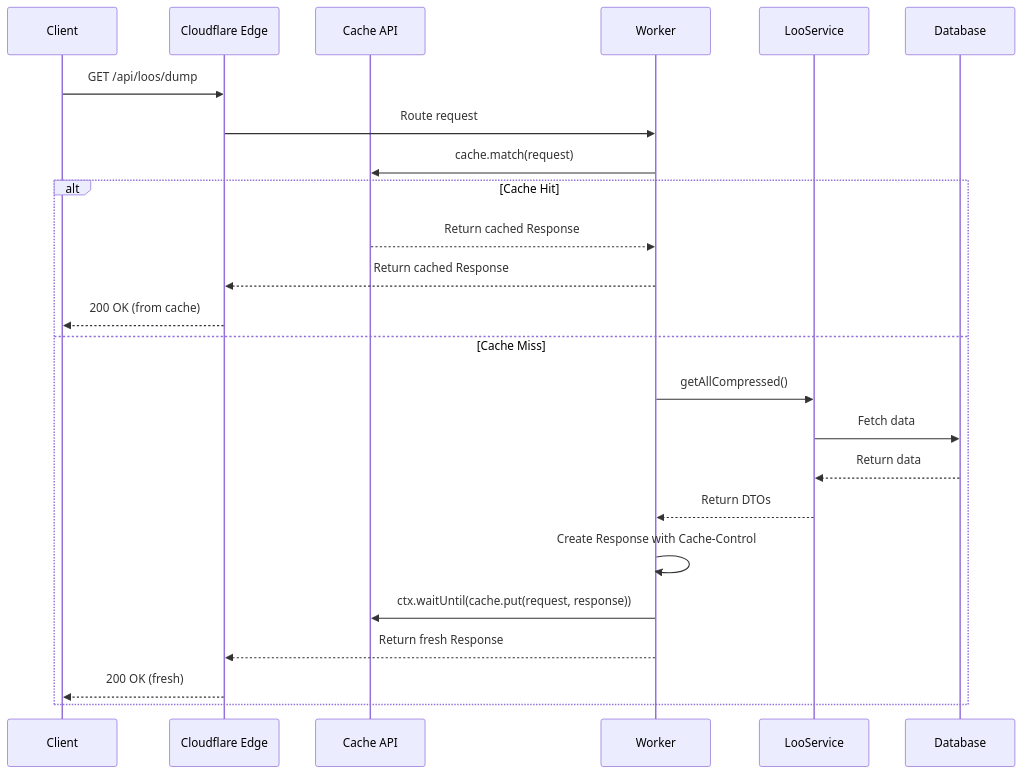
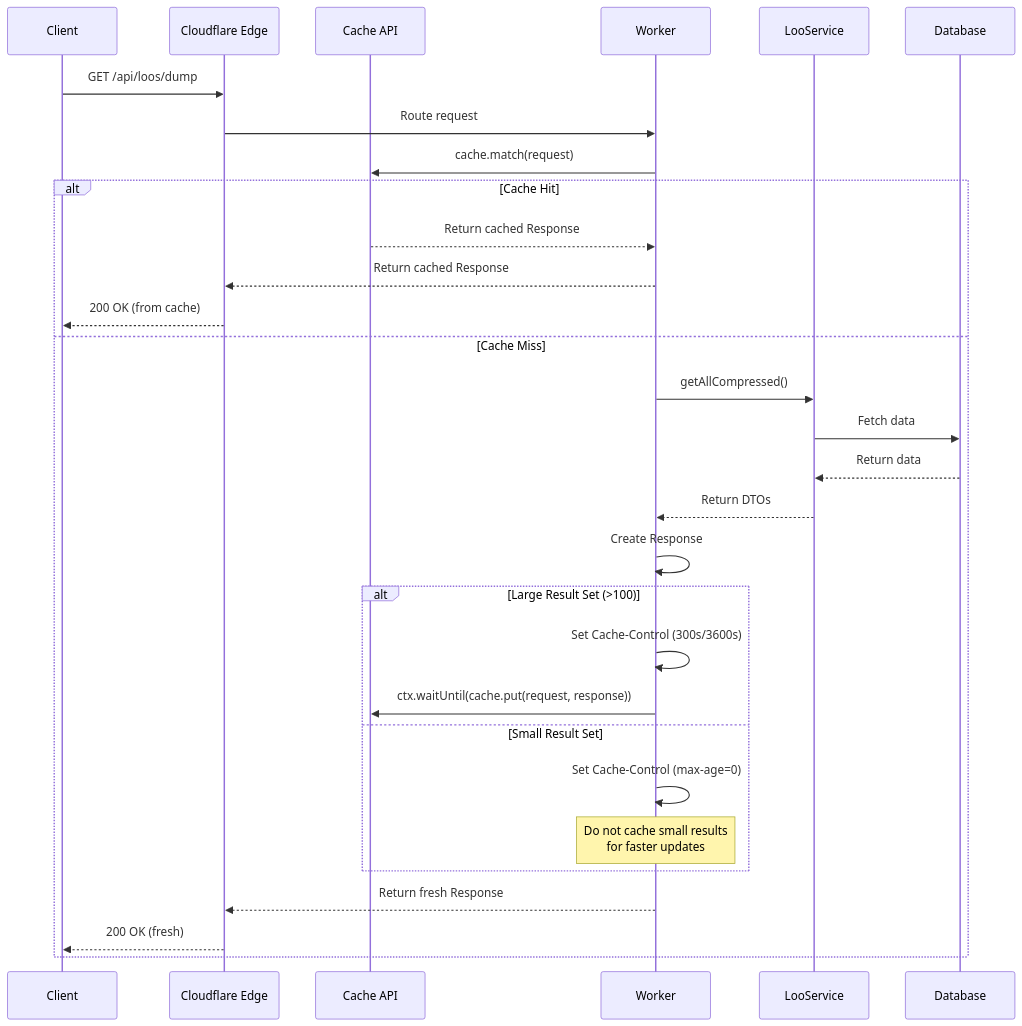
One commit to public-convenience-ltd/toiletmap-next changed the second of 9 diagrams in apps/toiletmap-server/docs/architecture/request-flow.md. Above: the diagram before and after it, drawn with Mermaid. The commit also changed 5 other files, not shown here.

Commit message:
feat: skip cache for smaller result sets

````diff
--- a/apps/toiletmap-server/docs/architecture/request-flow.md
+++ b/apps/toiletmap-server/docs/architecture/request-flow.md
@@ -55,27 +55,33 @@
 ```mermaid
 sequenceDiagram
     participant Client
     participant CF as Cloudflare Edge
     participant Cache as Cache API
     participant Worker
     participant Service as LooService
     participant DB as Database
 
     Client->>CF: GET /api/loos/dump
     CF->>Worker: Route request
     Worker->>Cache: cache.match(request)
     alt Cache Hit
         Cache-->>Worker: Return cached Response
         Worker-->>CF: Return cached Response
         CF-->>Client: 200 OK (from cache)
     else Cache Miss
         Worker->>Service: getAllCompressed()
         Service->>DB: Fetch data
         DB-->>Service: Return data
         Service-->>Worker: Return DTOs
-        Worker->>Worker: Create Response with Cache-Control
-        Worker->>Cache: ctx.waitUntil(cache.put(request, response))
+        Worker->>Worker: Create Response
+        alt Large Result Set (>100)
+            Worker->>Worker: Set Cache-Control (300s/3600s)
+            Worker->>Cache: ctx.waitUntil(cache.put(request, response))
+        else Small Result Set
+            Worker->>Worker: Set Cache-Control (max-age=0)
+            Note over Worker: Do not cache small results<br/>for faster updates
+        end
         Worker-->>CF: Return fresh Response
         CF-->>Client: 200 OK (fresh)
     end
 ```
````
